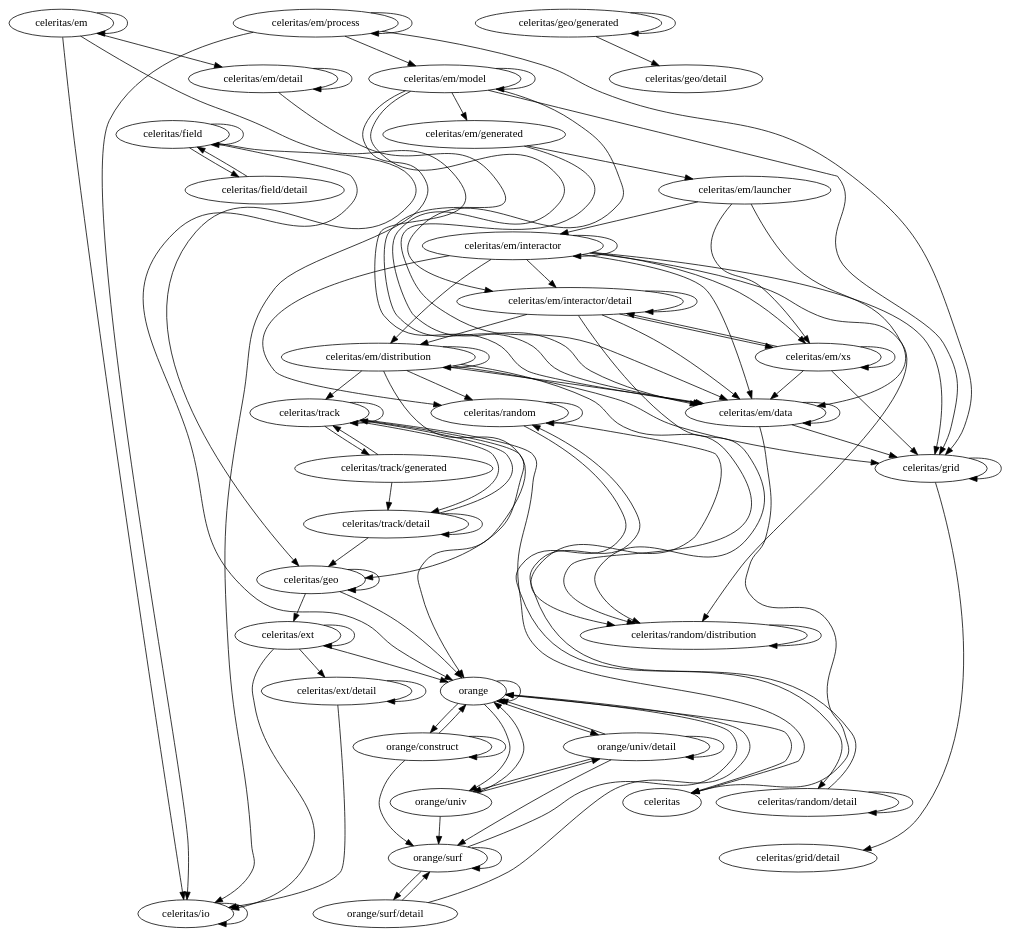
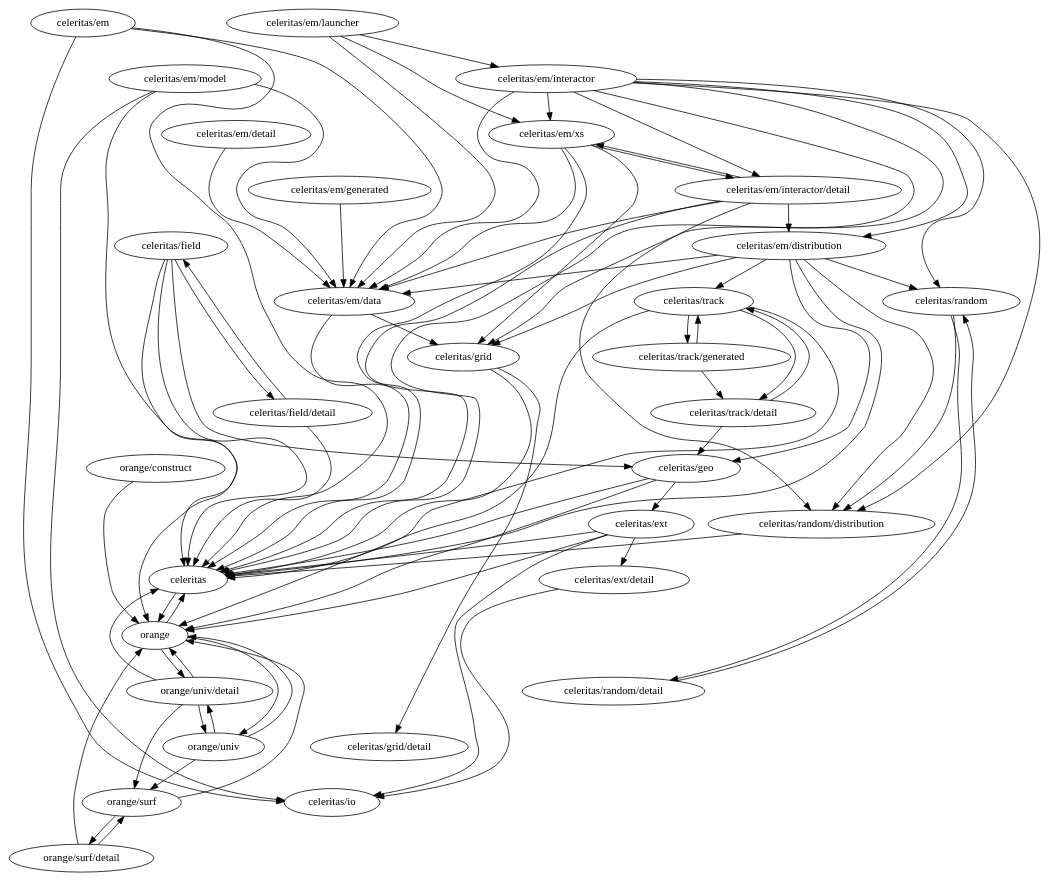
One commit to simbarras/celeritas-docs changed the diagram in nb/admin/fig/simple_new.dot. Above: the diagram before and after it, drawn with Graphviz. The commit also changed 17 other files, not shown here.

```diff
--- a/nb/admin/fig/simple_new.dot
+++ b/nb/admin/fig/simple_new.dot
@@ -1,110 +1,83 @@
 digraph packages {
-// margin=0.0
-// mindist=0.1
-//  rankdir=TB
-// nodesep="+0.05,0.5"
-// size="36,36"
-"celeritas/ext" -> "celeritas/ext" [weight=0.283] // [0.3333333333333333, 0.2, 0.16666666666666666, 0.09090909090909091, 0.5, 0.125, 0.3333333333333333, 1.0, 0.16666666666666666, 0.2, 0.125, 0.3333333333333333, 0.1111111111111111]
-"celeritas/ext" -> "celeritas/ext/detail" [weight=0.311] // [1.0, 0.2, 0.09090909090909091, 0.125, 0.5, 0.3333333333333333, 0.125, 0.1111111111111111]
-"celeritas/field" -> "celeritas/field" [weight=0.286] // [0.5, 0.125, 0.125, 0.25, 0.3333333333333333, 0.3333333333333333, 0.3333333333333333]
+"celeritas/ext" -> "celeritas/ext/detail" [weight=0.376] // [1.0, 0.2, 0.5, 0.3333333333333333, 0.1111111111111111, 0.1111111111111111]
+"celeritas/field" -> "celeritas" [weight=0.150] // [0.3333333333333333, 0.25, 0.25, 0.3333333333333333, 0.3333333333333333]
 "celeritas/field" -> "celeritas/geo" [weight=0.312] // [0.125, 0.5]
-"celeritas/field" -> "orange" [weight=0.312] // [0.125, 0.5]
+"celeritas/field" -> "orange" [weight=0.156] // [0.125, 0.5]
 "celeritas/field" -> "celeritas/field/detail" [weight=0.229] // [0.125, 0.3333333333333333]
-"celeritas/field/detail" -> "celeritas/field" [weight=0.200] // [0.2]
+"celeritas/field/detail" -> "celeritas/field" [weight=0.167] // [0.16666666666666666]
+"celeritas/field/detail" -> "celeritas" [weight=0.083] // [0.16666666666666666]
+"orange" -> "celeritas" [weight=0.085] // [0.2, 0.16666666666666666, 0.14285714285714285]
 "celeritas/geo" -> "celeritas/ext" [weight=0.500] // [0.5, 0.5, 0.5]
-"celeritas/geo" -> "orange" [weight=0.387] // [0.5, 0.3333333333333333, 0.1, 0.5, 0.5]
-"celeritas/geo" -> "celeritas/geo" [weight=0.422] // [0.1, 0.16666666666666666, 1.0]
-"celeritas/geo/generated" -> "celeritas/geo/generated" [weight=0.171] // [0.2, 0.14285714285714285]
-"celeritas/geo/generated" -> "celeritas/geo/detail" [weight=0.171] // [0.2, 0.14285714285714285]
-"celeritas/io" -> "celeritas/io" [weight=0.535] // [0.25, 1.0, 0.25, 0.5, 0.2, 1.0, 0.5, 0.5, 1.0, 0.5, 0.5, 0.5, 0.16666666666666666, 1.0, 0.2, 0.5]
-"celeritas/ext" -> "celeritas/io" [weight=0.258] // [0.09090909090909091, 0.5, 0.16666666666666666, 0.2, 0.3333333333333333]
-"celeritas/ext/detail" -> "celeritas/ext/detail" [weight=0.485] // [0.5, 0.3333333333333333, 1.0, 0.3333333333333333, 0.5, 0.25, 0.1, 0.5, 1.0, 0.3333333333333333]
-"celeritas/ext/detail" -> "celeritas/io" [weight=0.217] // [0.1, 0.3333333333333333]
-"orange" -> "orange" [weight=0.211] // [0.16666666666666666, 0.05263157894736842, 0.16666666666666666, 0.16666666666666666, 0.5]
-"orange" -> "celeritas" [weight=0.167] // [0.16666666666666666]
-"orange" -> "orange/construct" [weight=0.053] // [0.05263157894736842]
-"orange" -> "orange/univ/detail" [weight=0.110] // [0.05263157894736842, 0.16666666666666666]
-"orange" -> "orange/univ" [weight=0.167] // [0.16666666666666666]
-"orange/construct" -> "orange" [weight=0.340] // [1.0, 0.16666666666666666, 0.3333333333333333, 0.2, 0.09090909090909091, 0.25]
-"orange/construct" -> "orange/construct" [weight=0.422] // [0.5, 1.0, 0.16666666666666666, 0.16666666666666666, 0.2, 1.0, 0.09090909090909091, 0.25]
-"orange/construct" -> "orange/surf" [weight=0.129] // [0.16666666666666666, 0.09090909090909091]
-"orange/surf" -> "orange" [weight=0.418] // [0.14285714285714285, 0.16666666666666666, 0.2, 0.5, 0.5, 1.0]
-"orange/surf" -> "orange/surf/detail" [weight=0.195] // [0.14285714285714285, 0.16666666666666666, 0.16666666666666666, 0.16666666666666666, 0.3333333333333333]
-"orange/surf" -> "orange/surf" [weight=0.312] // [0.125, 0.5]
-"orange/surf/detail" -> "orange" [weight=0.175] // [0.25, 0.1]
+"celeritas/geo" -> "orange" [weight=0.229] // [0.5, 0.3333333333333333, 0.5, 0.5]
+"celeritas/geo" -> "celeritas" [weight=0.125] // [0.3333333333333333, 0.16666666666666666]
+"celeritas/ext" -> "celeritas/io" [weight=0.417] // [0.5, 0.3333333333333333]
+"celeritas/ext/detail" -> "celeritas/io" [weight=0.333] // [0.3333333333333333]
+"orange" -> "orange/univ" [weight=0.071] // [0.14285714285714285]
+"orange" -> "orange/univ/detail" [weight=0.071] // [0.14285714285714285]
+"orange/construct" -> "orange" [weight=0.223] // [1.0, 0.2, 0.3333333333333333, 0.25]
+"orange/surf" -> "orange" [weight=0.257] // [0.16666666666666666, 0.16666666666666666, 0.25, 0.5, 1.0, 1.0]
+"orange/surf" -> "orange/surf/detail" [weight=0.200] // [0.16666666666666666, 0.16666666666666666, 0.16666666666666666, 0.16666666666666666, 0.3333333333333333]
+"orange/surf/detail" -> "orange" [weight=0.087] // [0.25, 0.1]
 "orange/surf/detail" -> "orange/surf" [weight=0.100] // [0.1]
-"orange/univ" -> "orange" [weight=0.156] // [0.1111111111111111, 0.2]
+"orange/univ" -> "orange" [weight=0.078] // [0.1111111111111111, 0.2]
 "orange/univ" -> "orange/surf" [weight=0.111] // [0.1111111111111111]
 "orange/univ" -> "orange/univ/detail" [weight=0.111] // [0.1111111111111111]
-"orange/univ/detail" -> "orange" [weight=0.250] // [0.25, 0.25]
-"orange/univ/detail" -> "orange/univ/detail" [weight=0.211] // [0.25, 0.14285714285714285, 0.25, 0.2]
+"orange/univ/detail" -> "orange" [weight=0.146] // [0.25, 0.3333333333333333]
 "orange/univ/detail" -> "orange/surf" [weight=0.143] // [0.14285714285714285]
 "orange/univ/detail" -> "orange/univ" [weight=0.171] // [0.14285714285714285, 0.2]
-"celeritas/em/interactor" -> "celeritas/random/distribution" [weight=0.084] // [0.14285714285714285, 0.14285714285714285, 0.058823529411764705, 0.08333333333333333, 0.07692307692307693, 0.0625, 0.058823529411764705, 0.0625, 0.07142857142857142]
-"celeritas/em/interactor" -> "celeritas/em/data" [weight=0.077] // [0.14285714285714285, 0.14285714285714285, 0.058823529411764705, 0.05, 0.08333333333333333, 0.07692307692307693, 0.0625, 0.058823529411764705, 0.0625, 0.07142857142857142, 0.05263157894736842, 0.058823529411764705]
-"celeritas/em/interactor" -> "celeritas/em/interactor" [weight=0.103] // [0.14285714285714285, 0.0625]
-"celeritas/em" -> "celeritas/em" [weight=0.053] // [0.05263157894736842]
-"celeritas/em" -> "celeritas/em/data" [weight=0.126] // [0.05263157894736842, 0.2]
-"celeritas/em" -> "celeritas/em/detail" [weight=0.053] // [0.05263157894736842]
+"orange/univ/detail" -> "celeritas" [weight=0.100] // [0.2]
+"celeritas/em/interactor" -> "celeritas" [weight=0.039] // [0.14285714285714285, 0.14285714285714285, 0.058823529411764705, 0.05263157894736842, 0.08333333333333333, 0.07692307692307693, 0.0625, 0.058823529411764705, 0.0625, 0.07692307692307693, 0.05555555555555555, 0.0625]
+"celeritas/em/interactor" -> "celeritas/random/distribution" [weight=0.085] // [0.14285714285714285, 0.14285714285714285, 0.058823529411764705, 0.08333333333333333, 0.07692307692307693, 0.0625, 0.058823529411764705, 0.0625, 0.07692307692307693]
+"celeritas/em/interactor" -> "celeritas/em/data" [weight=0.117] // [0.14285714285714285, 0.14285714285714285, 0.058823529411764705, 0.05263157894736842, 0.08333333333333333, 0.07692307692307693, 0.0625, 0.058823529411764705, 0.0625, 0.07692307692307693, 0.05555555555555555, 0.0625]
+"celeritas/em/data" -> "celeritas" [weight=0.121] // [0.16666666666666666, 0.2, 0.3333333333333333, 0.25, 0.5, 0.25, 0.16666666666666666, 0.3333333333333333, 0.25, 0.2, 0.14285714285714285, 0.14285714285714285, 0.2]
 "celeritas/em" -> "celeritas/io" [weight=0.200] // [0.2]
-"celeritas/em/model" -> "celeritas/em/model" [weight=0.139] // [0.25, 0.09090909090909091, 0.2, 0.1111111111111111, 0.25, 0.06666666666666667, 0.1111111111111111, 0.25, 0.07142857142857142, 0.09090909090909091, 0.08333333333333333, 0.09090909090909091]
-"celeritas/em/model" -> "celeritas/em/generated" [weight=0.138] // [0.25, 0.09090909090909091, 0.1111111111111111, 0.25, 0.06666666666666667, 0.1111111111111111, 0.25, 0.07142857142857142, 0.09090909090909091, 0.08333333333333333]
-"celeritas/em/model" -> "celeritas/em/data" [weight=0.213] // [0.3333333333333333, 0.09090909090909091, 0.2, 0.1111111111111111, 0.3333333333333333, 0.3333333333333333, 0.06666666666666667, 0.16666666666666666, 0.1111111111111111, 0.5, 0.3333333333333333, 0.07142857142857142, 0.25, 0.09090909090909091, 0.25, 0.16666666666666666, 0.09090909090909091, 0.3333333333333333]
-"celeritas/em/process" -> "celeritas/em/process" [weight=0.315] // [0.14285714285714285, 0.5, 0.2, 0.3333333333333333, 0.2, 0.5, 0.14285714285714285, 0.5]
-"celeritas/em/process" -> "celeritas/io" [weight=0.171] // [0.14285714285714285, 0.2, 0.2, 0.14285714285714285]
-"celeritas/em/process" -> "celeritas/em/model" [weight=0.315] // [0.14285714285714285, 0.5, 0.2, 0.3333333333333333, 0.2, 0.5, 0.14285714285714285, 0.5]
-"celeritas/em/model" -> "celeritas/em/interactor/detail" [weight=0.088] // [0.09090909090909091, 0.09090909090909091, 0.08333333333333333]
-"celeritas/em/process" -> "celeritas/grid" [weight=0.333] // [0.3333333333333333]
-"celeritas/em/xs" -> "celeritas/em/data" [weight=0.109] // [0.125, 0.1111111111111111, 0.09090909090909091]
-"celeritas/em/distribution" -> "celeritas/em/distribution" [weight=0.205] // [0.3333333333333333, 0.5, 0.16666666666666666, 0.16666666666666666, 0.2, 0.125, 0.16666666666666666, 0.125, 0.0625]
-"celeritas/em/distribution" -> "celeritas/em/data" [weight=0.124] // [0.125, 0.125, 0.16666666666666666, 0.16666666666666666, 0.1, 0.125, 0.0625]
-"celeritas/em/xs" -> "celeritas/em/xs" [weight=0.129] // [0.16666666666666666, 0.09090909090909091]
-"celeritas/em/model" -> "celeritas/grid" [weight=0.079] // [0.06666666666666667, 0.09090909090909091]
+"celeritas/em" -> "celeritas" [weight=0.100] // [0.2]
+"celeritas/em" -> "celeritas/em/data" [weight=0.200] // [0.2]
+"celeritas/em/model" -> "celeritas/em/data" [weight=0.436] // [0.3333333333333333, 0.2, 0.3333333333333333, 0.3333333333333333, 0.16666666666666666, 0.5, 0.3333333333333333, 0.25, 0.25, 0.16666666666666666, 0.3333333333333333]
+"celeritas/em/xs" -> "celeritas" [weight=0.055] // [0.125, 0.1, 0.1111111111111111, 0.1]
+"celeritas/em/xs" -> "celeritas/em/data" [weight=0.168] // [0.125, 0.1111111111111111, 0.1]
+"celeritas/em/distribution" -> "celeritas" [weight=0.087] // [0.125, 0.5, 0.16666666666666666, 0.16666666666666666, 0.2, 0.08333333333333333, 0.07692307692307693, 0.06666666666666667]
+"celeritas/em/distribution" -> "celeritas/em/data" [weight=0.174] // [0.125, 0.125, 0.16666666666666666, 0.16666666666666666, 0.08333333333333333, 0.07692307692307693, 0.06666666666666667]
 "celeritas/em/model" -> "celeritas/io" [weight=0.167] // [0.16666666666666666, 0.16666666666666666]
-"celeritas/em/interactor" -> "celeritas/em/xs" [weight=0.061] // [0.058823529411764705, 0.0625]
-"celeritas/em/interactor" -> "celeritas/em/distribution" [weight=0.059] // [0.058823529411764705, 0.058823529411764705]
-"celeritas/em/launcher" -> "celeritas/em/data" [weight=0.218] // [0.2, 0.25, 0.25, 0.3333333333333333, 0.14285714285714285, 0.2, 0.2, 0.2, 0.2, 0.2]
-"celeritas/em/launcher" -> "celeritas/em/interactor" [weight=0.218] // [0.2, 0.25, 0.25, 0.3333333333333333, 0.14285714285714285, 0.2, 0.2, 0.2, 0.2, 0.2]
+"celeritas/em/model" -> "celeritas" [weight=0.083] // [0.16666666666666666]
+"celeritas/em/interactor" -> "celeritas/em/xs" [weight=0.091] // [0.058823529411764705, 0.0625]
+"celeritas/em/interactor" -> "celeritas/em/distribution" [weight=0.088] // [0.058823529411764705, 0.058823529411764705]
+"celeritas/em/launcher" -> "celeritas/em/data" [weight=0.326] // [0.2, 0.25, 0.25, 0.3333333333333333, 0.14285714285714285, 0.2, 0.2, 0.2, 0.2, 0.2]
+"celeritas/em/launcher" -> "celeritas/em/interactor" [weight=0.326] // [0.2, 0.25, 0.25, 0.3333333333333333, 0.14285714285714285, 0.2, 0.2, 0.2, 0.2, 0.2]
 "celeritas/em/interactor/detail" -> "celeritas/random/distribution" [weight=0.153] // [0.2, 0.25, 0.08333333333333333, 0.07692307692307693]
-"celeritas/em/interactor/detail" -> "celeritas/em/distribution" [weight=0.176] // [0.25, 0.07692307692307693, 0.2]
-"celeritas/em/data" -> "celeritas/em/data" [weight=0.170] // [0.2, 0.16666666666666666, 0.14285714285714285]
-"celeritas/em/interactor" -> "celeritas/em/interactor/detail" [weight=0.055] // [0.05, 0.058823529411764705, 0.05263157894736842, 0.058823529411764705]
-"celeritas/em/data" -> "celeritas" [weight=0.200] // [0.2, 0.25, 0.16666666666666666, 0.25, 0.2, 0.16666666666666666, 0.16666666666666666]
-"celeritas/em/distribution" -> "celeritas/random/distribution" [weight=0.157] // [0.16666666666666666, 0.16666666666666666, 0.125, 0.2, 0.16666666666666666, 0.16666666666666666, 0.2, 0.0625]
+"celeritas/em/interactor/detail" -> "celeritas" [weight=0.094] // [0.25, 0.3333333333333333, 0.08333333333333333, 0.07692307692307693, 0.2]
+"celeritas/em/interactor/detail" -> "celeritas/em/distribution" [weight=0.263] // [0.25, 0.07692307692307693, 0.2]
+"celeritas/em/interactor" -> "celeritas/em/interactor/detail" [weight=0.086] // [0.05263157894736842, 0.058823529411764705, 0.05555555555555555, 0.0625]
+"celeritas/em/distribution" -> "celeritas/random/distribution" [weight=0.157] // [0.16666666666666666, 0.16666666666666666, 0.125, 0.2, 0.16666666666666666, 0.16666666666666666, 0.2, 0.06666666666666667]
 "celeritas/em/xs" -> "celeritas/grid" [weight=0.106] // [0.1, 0.1111111111111111]
-"celeritas/em/xs" -> "celeritas/em/interactor/detail" [weight=0.095] // [0.1, 0.09090909090909091]
+"celeritas/em/xs" -> "celeritas/em/interactor/detail" [weight=0.150] // [0.1, 0.1]
 "celeritas/em/data" -> "celeritas/grid" [weight=0.155] // [0.16666666666666666, 0.14285714285714285]
 "celeritas/em/interactor" -> "celeritas/grid" [weight=0.062] // [0.0625]
-"celeritas/em/launcher" -> "celeritas/em/xs" [weight=0.143] // [0.14285714285714285]
-"celeritas/em/interactor/detail" -> "celeritas/em/interactor/detail" [weight=0.080] // [0.08333333333333333, 0.07692307692307693]
-"celeritas/em/interactor/detail" -> "celeritas/em/xs" [weight=0.083] // [0.08333333333333333]
-"celeritas/em/interactor/detail" -> "celeritas/em/data" [weight=0.080] // [0.08333333333333333, 0.07692307692307693]
-"celeritas/em/interactor" -> "celeritas/random" [weight=0.071] // [0.07142857142857142]
-"celeritas/em/distribution" -> "celeritas/grid" [weight=0.124] // [0.16666666666666666, 0.16666666666666666, 0.1, 0.125, 0.0625]
-"celeritas/em/distribution" -> "celeritas/geo" [weight=0.062] // [0.0625]
-"celeritas/em/distribution" -> "celeritas/random" [weight=0.062] // [0.0625]
-"celeritas/em/distribution" -> "celeritas/track" [weight=0.062] // [0.0625]
-"celeritas/em/detail" -> "celeritas/em/detail" [weight=0.333] // [0.3333333333333333]
-"celeritas/em/detail" -> "celeritas/em/data" [weight=0.333] // [0.3333333333333333]
-"celeritas/em/generated" -> "celeritas/em/launcher" [weight=0.208] // [0.25, 0.16666666666666666, 0.25, 0.16666666666666666, 0.25, 0.16666666666666666, 0.25, 0.16666666666666666, 0.25, 0.16666666666666666, 0.25, 0.16666666666666666, 0.25, 0.16666666666666666, 0.25, 0.16666666666666666, 0.25, 0.16666666666666666, 0.25, 0.16666666666666666]
-"celeritas/em/generated" -> "celeritas/em/data" [weight=0.333] // [0.3333333333333333, 0.3333333333333333, 0.3333333333333333, 0.3333333333333333, 0.3333333333333333, 0.3333333333333333, 0.3333333333333333, 0.3333333333333333, 0.3333333333333333, 0.3333333333333333]
-"celeritas/grid" -> "celeritas/grid" [weight=0.294] // [1.0, 0.16666666666666666, 0.125, 0.2, 0.2, 0.25, 0.25, 0.14285714285714285, 0.3333333333333333, 0.2, 0.5, 0.25, 0.2]
+"celeritas/em/launcher" -> "celeritas/em/xs" [weight=0.214] // [0.14285714285714285]
+"celeritas/em/interactor/detail" -> "celeritas/em/xs" [weight=0.125] // [0.08333333333333333]
+"celeritas/em/interactor/detail" -> "celeritas/em/data" [weight=0.120] // [0.08333333333333333, 0.07692307692307693]
+"celeritas/em/interactor" -> "celeritas/random" [weight=0.077] // [0.07692307692307693]
+"celeritas/em/distribution" -> "celeritas/grid" [weight=0.112] // [0.16666666666666666, 0.16666666666666666, 0.08333333333333333, 0.07692307692307693, 0.06666666666666667]
+"celeritas/em/distribution" -> "celeritas/geo" [weight=0.072] // [0.07692307692307693, 0.06666666666666667]
+"celeritas/em/distribution" -> "celeritas/random" [weight=0.067] // [0.06666666666666667]
+"celeritas/em/distribution" -> "celeritas/track" [weight=0.067] // [0.06666666666666667]
+"celeritas/em/detail" -> "celeritas/em/data" [weight=0.500] // [0.3333333333333333]
+"celeritas/em/generated" -> "celeritas/em/data" [weight=0.375] // [0.25, 0.25, 0.25, 0.25, 0.25, 0.25, 0.25, 0.25, 0.25, 0.25]
+"celeritas/grid" -> "celeritas" [weight=0.103] // [0.16666666666666666, 0.25, 0.2]
 "celeritas/grid" -> "celeritas/grid/detail" [weight=0.206] // [0.16666666666666666, 0.2, 0.25]
-"celeritas/random" -> "celeritas/random" [weight=0.483] // [0.3333333333333333, 0.25, 1.0, 0.5, 0.5, 0.5, 0.25, 0.16666666666666666, 1.0, 0.3333333333333333]
-"celeritas/random" -> "celeritas/random/detail" [weight=0.222] // [0.3333333333333333, 0.16666666666666666, 0.16666666666666666]
+"celeritas/random" -> "celeritas/random/detail" [weight=0.155] // [0.14285714285714285, 0.16666666666666666]
 "celeritas/random" -> "celeritas/random/distribution" [weight=0.250] // [0.25, 0.3333333333333333, 0.16666666666666666]
-"celeritas/random/detail" -> "celeritas/random/detail" [weight=0.225] // [0.25, 0.2]
-"celeritas/random/detail" -> "celeritas/random" [weight=0.261] // [0.25, 0.2, 0.3333333333333333]
-"celeritas/random/distribution" -> "celeritas/random/distribution" [weight=0.225] // [0.25, 0.25, 0.16666666666666666, 0.25, 0.16666666666666666, 0.16666666666666666, 0.25, 0.25, 0.25, 0.25]
-"celeritas/track" -> "celeritas" [weight=0.139] // [0.16666666666666666, 0.1111111111111111]
-"celeritas/track" -> "celeritas/track" [weight=0.249] // [0.2, 0.1111111111111111, 0.5, 0.3333333333333333, 0.1]
-"celeritas/track" -> "orange" [weight=0.111] // [0.1111111111111111]
+"celeritas/random/detail" -> "celeritas/random" [weight=0.333] // [0.3333333333333333]
+"celeritas/random/distribution" -> "celeritas" [weight=0.100] // [0.16666666666666666, 0.25, 0.16666666666666666, 0.16666666666666666, 0.25]
+"celeritas/track" -> "celeritas" [weight=0.069] // [0.16666666666666666, 0.1111111111111111]
+"celeritas/track" -> "orange" [weight=0.056] // [0.1111111111111111]
 "celeritas/track" -> "celeritas/track/detail" [weight=0.100] // [0.1]
 "celeritas/track" -> "celeritas/track/generated" [weight=0.100] // [0.1]
+"celeritas" -> "orange" [weight=0.125] // [0.25]
 "celeritas/track/detail" -> "celeritas/geo" [weight=0.131] // [0.1, 0.125, 0.16666666666666666]
 "celeritas/track/detail" -> "celeritas/track" [weight=0.223] // [0.1, 0.125, 0.5, 0.16666666666666666]
-"celeritas/track/detail" -> "celeritas/track/detail" [weight=0.244] // [0.1, 0.125, 0.5, 0.25]
-"celeritas/track/generated" -> "celeritas/track/detail" [weight=0.342] // [0.5, 0.3333333333333333, 0.2, 0.5, 0.3333333333333333, 0.2, 0.5, 0.3333333333333333, 0.16666666666666666, 0.5, 0.3333333333333333, 0.2]
+"celeritas/track/generated" -> "celeritas/track/detail" [weight=0.287] // [0.2, 0.2, 0.16666666666666666, 0.2]
 "celeritas/track/generated" -> "celeritas/track" [weight=0.192] // [0.2, 0.2, 0.16666666666666666, 0.2]
-"celeritas/ext" -> "orange" [weight=0.190] // [0.125, 0.3333333333333333, 0.1111111111111111]
+"celeritas/ext" -> "orange" [weight=0.093] // [0.1111111111111111, 0.3333333333333333, 0.1111111111111111]
+"celeritas/ext" -> "celeritas" [weight=0.056] // [0.1111111111111111]
 }
```
